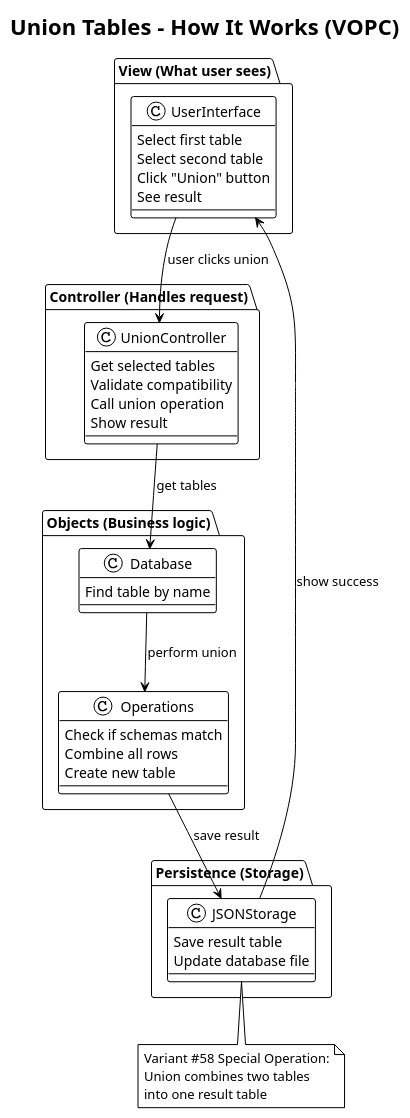
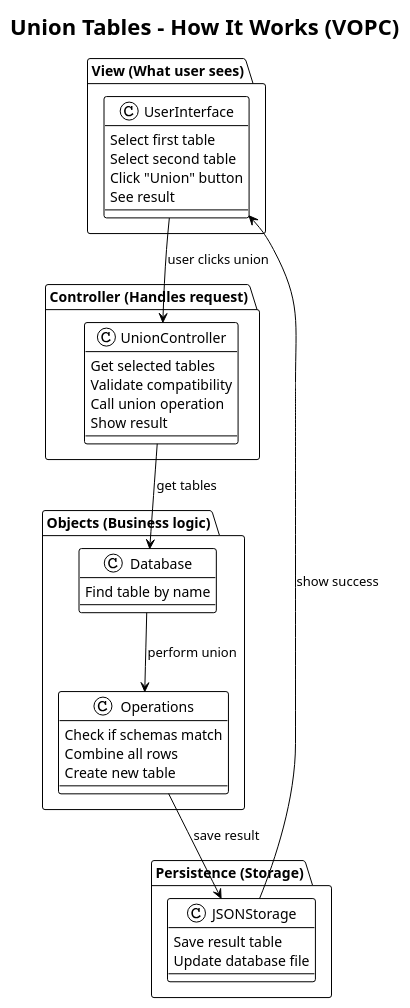
The diagram in UML/03_vopc_union.puml (PavelShpagin/TDMS), drawn with PlantUML before and after one commit. The commit also changed 44 other files, not shown here.

```diff
--- a/UML/03_vopc_union.puml
+++ b/UML/03_vopc_union.puml
@@ -1,54 +1,50 @@
 @startuml vopc_union
 !theme plain
 title Union Tables - How It Works (VOPC)
 
 package "View (What user sees)" {
   class UserInterface {
     Select first table
     Select second table
     Click "Union" button
     See result
   }
 }
 
 package "Controller (Handles request)" {
   class UnionController {
     Get selected tables
     Validate compatibility
     Call union operation
     Show result
   }
 }
 
 package "Objects (Business logic)" {
   class Database {
     Find table by name
   }
   
   class Operations {
     Check if schemas match
     Combine all rows
     Create new table
   }
 }
 
 package "Persistence (Storage)" {
   class JSONStorage {
     Save result table
     Update database file
   }
 }
 
 UserInterface --> UnionController : user clicks union
 UnionController --> Database : get tables
 Database --> Operations : perform union
 Operations --> JSONStorage : save result
 JSONStorage --> UserInterface : show success
 
-note bottom
-  Variant #58 Special Operation:
-  Union combines two tables
-  into one result table
-end note
+
 
 @enduml
```
